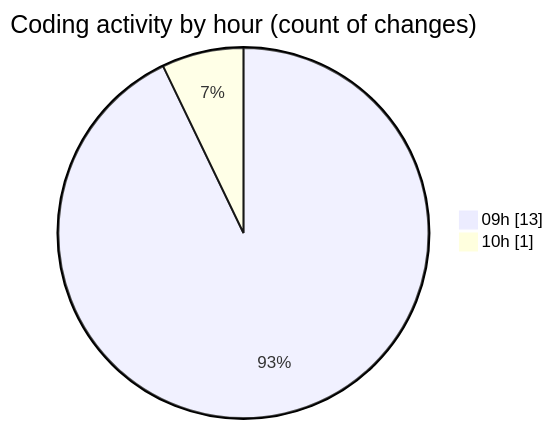
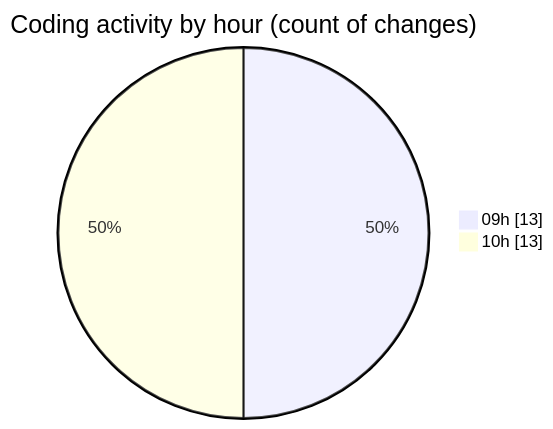
The second of 2 diagrams in 2025-03-31/cda/README.md (momahboobian/code-tracking), drawn with Mermaid before and after one commit. The commit also changed other lines of this file and 1 other file, not shown here.

````diff
--- a/2025-03-31/cda/README.md
+++ b/2025-03-31/cda/README.md
@@ -33,6 +35,6 @@
 ```mermaid
 pie showData
 title Coding activity by hour (count of changes)
 "09h" : 13
-"10h" : 1
+"10h" : 13
 ```
````
